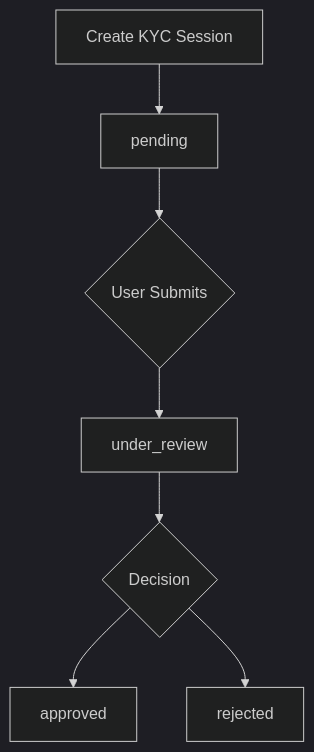
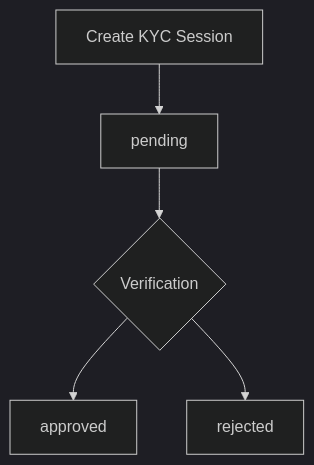
The diagram in docs/api/customers/create-kyc-session.mdx (kibrukuture/align), drawn with Mermaid (dark theme) before and after one commit. The commit also changed other lines of this file and 1 other file, not shown here.

Commit message:
docs: update KYC status and sub-status definitions and simplify the KYC session flow.

````diff
--- a/docs/api/customers/create-kyc-session.mdx
+++ b/docs/api/customers/create-kyc-session.mdx
@@ -120,9 +120,7 @@
 ```mermaid
 flowchart TD
     A[Create KYC Session] --> B[pending]
-    B --> C{User Submits}
-    C --> D[under_review]
-    D --> E{Decision}
-    E --> F[approved]
-    E --> G[rejected]
+    B --> C{Verification}
+    C --> F[approved]
+    C --> G[rejected]
 ```
````
